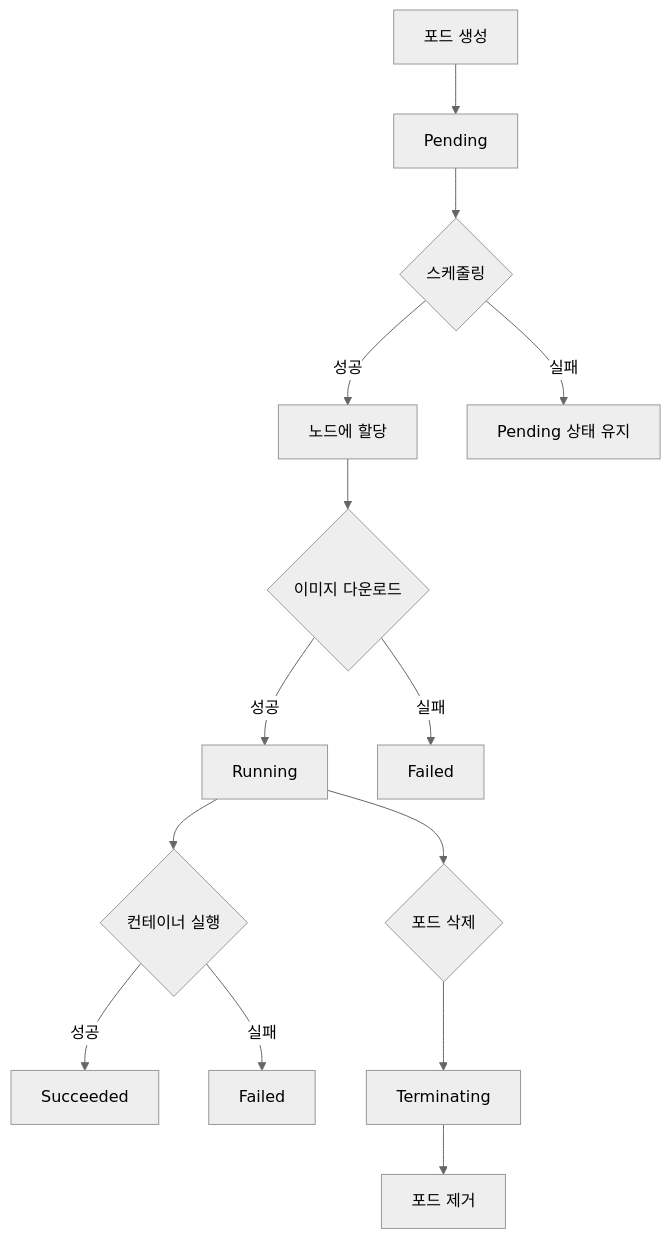
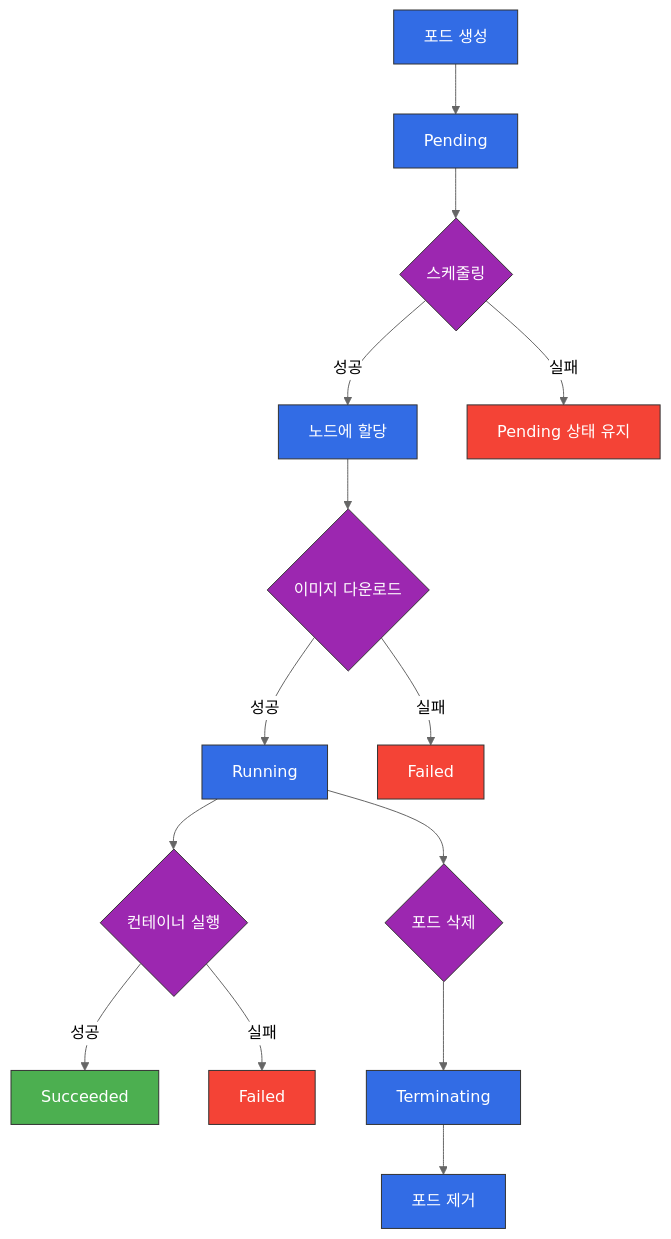
One commit to Atom-oh/kubernetes-docs changed the diagram in core/01-pod-management.md. Above: the diagram before and after it, drawn with Mermaid (neutral theme).

Commit message:
Update Pod lifecycle diagram with standardized style

````diff
--- a/core/01-pod-management.md
+++ b/core/01-pod-management.md
@@ -54,16 +54,32 @@
 ```mermaid
 graph TD
     A[포드 생성] --> B[Pending]
     B --> C{스케줄링}
     C -->|성공| D[노드에 할당]
     C -->|실패| E[Pending 상태 유지]
     D --> F{이미지 다운로드}
     F -->|성공| G[Running]
     F -->|실패| H[Failed]
     G --> I{컨테이너 실행}
     I -->|성공| J[Succeeded]
     I -->|실패| K[Failed]
     G --> L{포드 삭제}
     L --> M[Terminating]
     M --> N[포드 제거]
+    
+    %% 스타일 정의
+    classDef awsService fill:#FF9900,stroke:#333,stroke-width:1px,color:black;
+    classDef k8sComponent fill:#326CE5,stroke:#333,stroke-width:1px,color:white;
+    classDef userApp fill:#00C7B7,stroke:#333,stroke-width:1px,color:white;
+    classDef dataStore fill:#3B48CC,stroke:#333,stroke-width:1px,color:white;
+    classDef default fill:#f9f9f9,stroke:#333,stroke-width:1px,color:black;
+    classDef success fill:#4CAF50,stroke:#333,stroke-width:1px,color:white;
+    classDef failure fill:#F44336,stroke:#333,stroke-width:1px,color:white;
+    classDef process fill:#9C27B0,stroke:#333,stroke-width:1px,color:white;
+    
+    %% 클래스 적용
+    class A,B,D,G,M,N k8sComponent;
+    class C,F,I,L process;
+    class J success;
+    class E,H,K failure;
 ```
````
